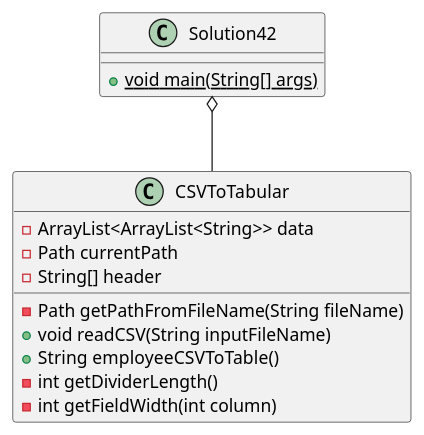
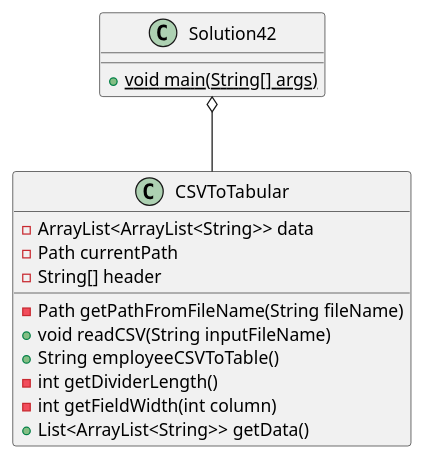
The diagram in exercise42/docs/class_diagram.puml (ethandrzb/thomas-a04), drawn with PlantUML before and after one commit. The commit also changed 2 other files, not shown here.

```diff
--- a/exercise42/docs/class_diagram.puml
+++ b/exercise42/docs/class_diagram.puml
@@ -1,24 +1,25 @@
 @startuml
 'https://plantuml.com/class-diagram
 
 class Solution42
 {
     +{static} void main(String[] args)
 }
 
 class CSVToTabular
 {
     -ArrayList<ArrayList<String>> data
     -Path currentPath
     -String[] header
 
     -Path getPathFromFileName(String fileName)
     +void readCSV(String inputFileName)
     +String employeeCSVToTable()
     -int getDividerLength()
     -int getFieldWidth(int column)
+    +List<ArrayList<String>> getData()
 }
 
 Solution42 o-- CSVToTabular
 
 @enduml
```
